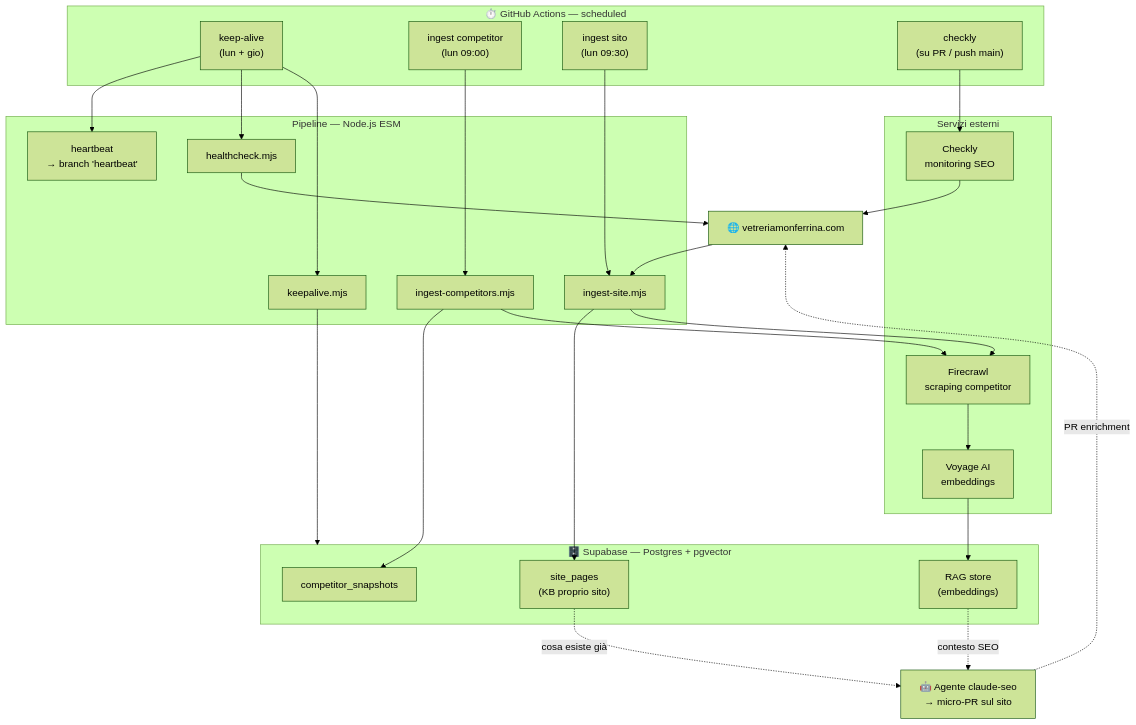
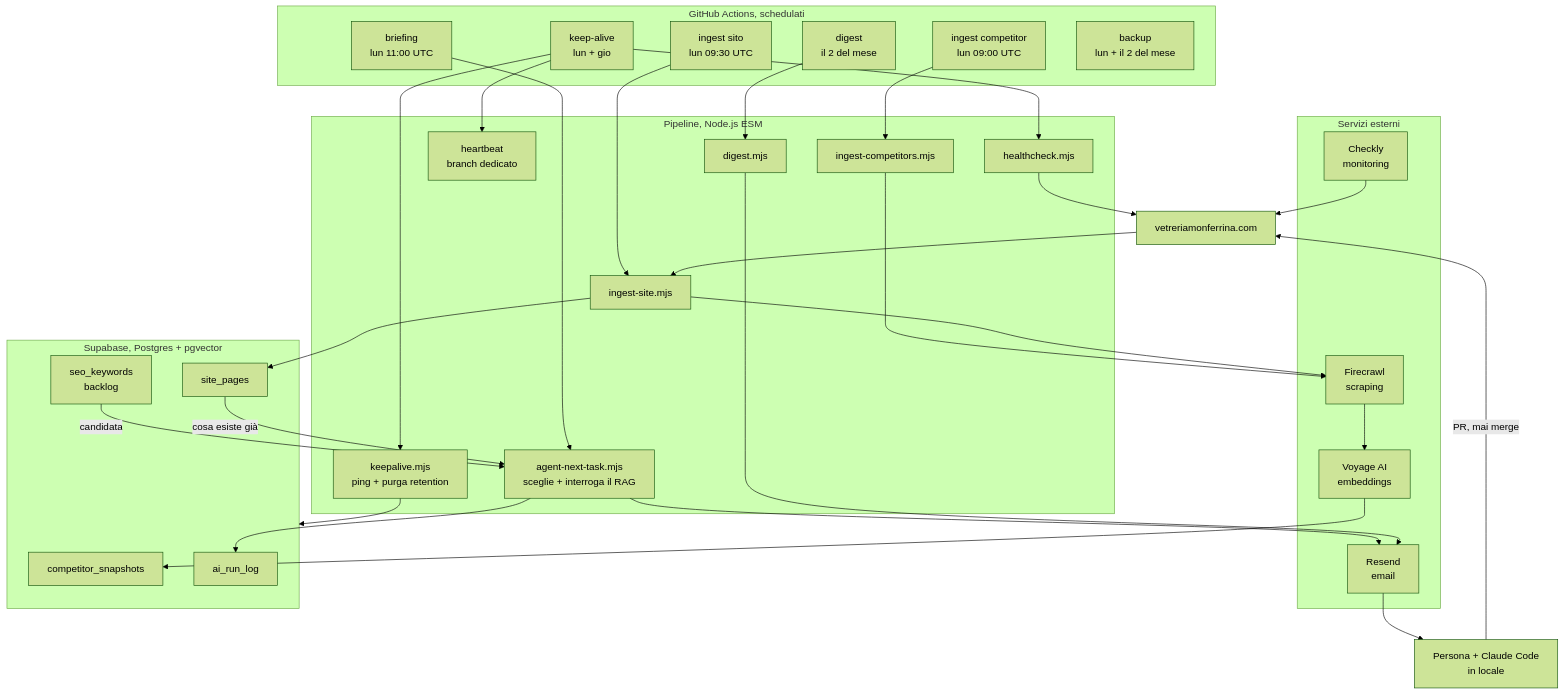
Before and after one commit to Monferrina/monferrinoAI: the diagram in README.md, drawn with Mermaid (forest theme). The commit also changed other lines of this file, not shown here.

First line of the commit message:
docs(readme): il diagramma mostrava un agente che non e' mai esistito (#49)

````diff
--- a/README.md
+++ b/README.md
@@ -25,44 +28,53 @@
 ```mermaid
 flowchart TD
-    subgraph GHA["⏱️ GitHub Actions — scheduled"]
-        KA["keep-alive<br/>(lun + gio)"]
-        ING["ingest competitor<br/>(lun 09:00)"]
-        INGS["ingest sito<br/>(lun 09:30)"]
-        CHK["checkly<br/>(su PR / push main)"]
+    subgraph GHA["GitHub Actions, schedulati"]
+        KA["keep-alive<br/>lun + gio"]
+        ING["ingest competitor<br/>lun 09:00 UTC"]
+        INGS["ingest sito<br/>lun 09:30 UTC"]
+        BRIEF["briefing<br/>lun 11:00 UTC"]
+        DIG["digest<br/>il 2 del mese"]
+        BK["backup<br/>lun + il 2 del mese"]
     end
 
-    subgraph PIPE["Pipeline — Node.js ESM"]
-        KEEP["keepalive.mjs"]
+    subgraph PIPE["Pipeline, Node.js ESM"]
+        KEEP["keepalive.mjs<br/>ping + purga retention"]
         HEALTH["healthcheck.mjs"]
-        HEART["heartbeat<br/>→ branch 'heartbeat'"]
+        HEART["heartbeat<br/>branch dedicato"]
         INGEST["ingest-competitors.mjs"]
         INGSITE["ingest-site.mjs"]
+        NEXT["agent-next-task.mjs<br/>sceglie + interroga il RAG"]
+        DIGEST["digest.mjs"]
     end
 
     subgraph EXT["Servizi esterni"]
-        FC["Firecrawl<br/>scraping competitor"]
+        FC["Firecrawl<br/>scraping"]
         VOY["Voyage AI<br/>embeddings"]
-        CL["Checkly<br/>monitoring SEO"]
+        RS["Resend<br/>email"]
+        CL["Checkly<br/>monitoring"]
     end
 
-    subgraph DB["🗄️ Supabase — Postgres + pgvector"]
+    subgraph DB["Supabase, Postgres + pgvector"]
         SNAP["competitor_snapshots"]
-        SITEPG["site_pages<br/>(KB proprio sito)"]
-        RAG["RAG store<br/>(embeddings)"]
+        SITEPG["site_pages"]
+        KW["seo_keywords<br/>backlog"]
+        LOG["ai_run_log"]
     end
 
-    SITE["🌐 vetreriamonferrina.com"]
-    AGENT["🤖 Agente claude-seo<br/>→ micro-PR sul sito"]
+    SITE["vetreriamonferrina.com"]
+    PERSONA["Persona + Claude Code<br/>in locale"]
 
     KA --> KEEP --> DB
     KA --> HEALTH --> SITE
     KA --> HEART
-    ING --> INGEST --> FC --> VOY --> RAG
-    INGEST --> SNAP
+    ING --> INGEST --> FC --> VOY --> SNAP
     INGS --> INGSITE --> FC
     SITE --> INGSITE --> SITEPG
-    CHK --> CL --> SITE
-    RAG -. contesto SEO .-> AGENT
-    SITEPG -. "cosa esiste già" .-> AGENT
-    AGENT -. PR enrichment .-> SITE
+    BRIEF --> NEXT
+    KW -- "candidata" --> NEXT
+    SITEPG -- "cosa esiste già" --> NEXT
+    NEXT --> RS --> PERSONA
+    NEXT --> LOG
+    PERSONA -- "PR, mai merge" --> SITE
+    DIG --> DIGEST --> RS
+    CL --> SITE
 ```
````
